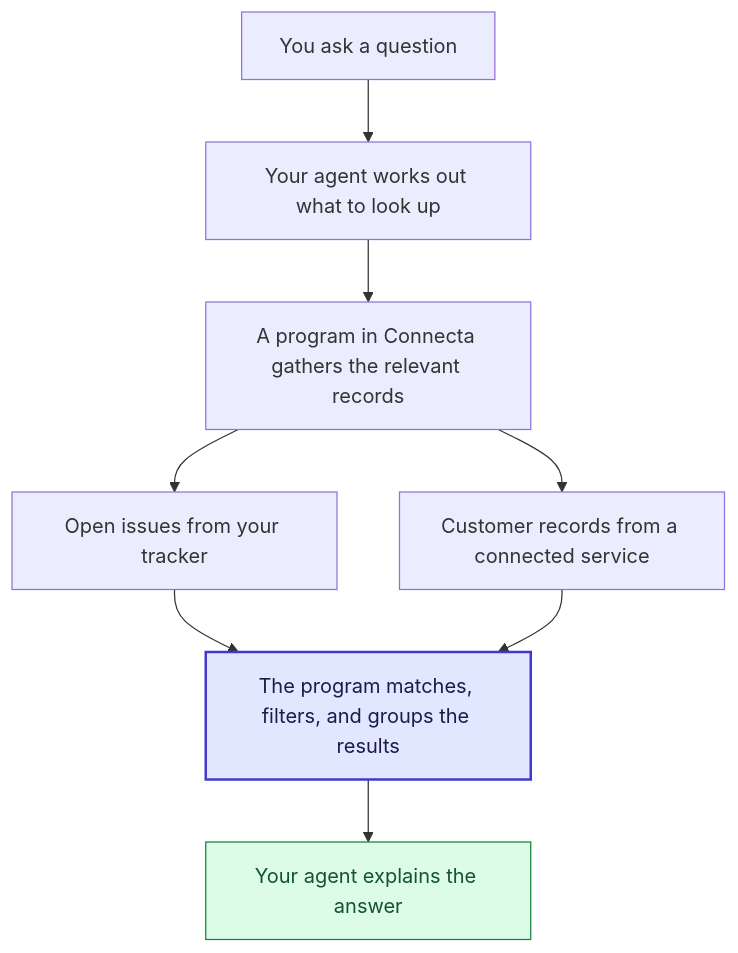
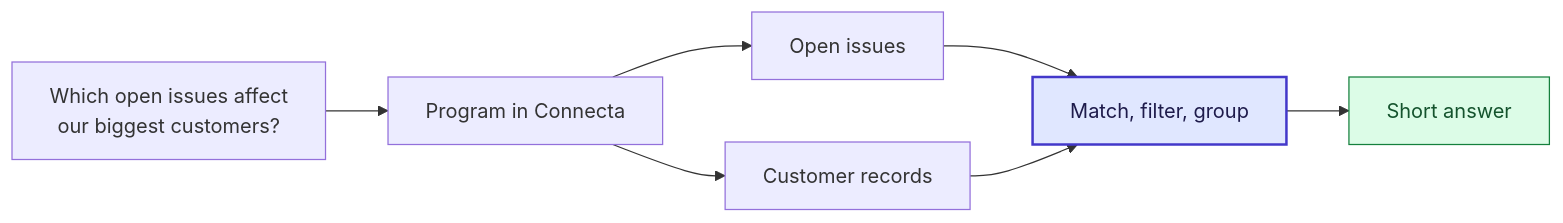
The second of 6 diagrams in README.md (zackbart/connecta), drawn with Mermaid before and after one commit. The commit also changed other lines of this file and 39 other files, not shown here.

````diff
--- a/README.md
+++ b/README.md
@@ -45,13 +30,12 @@
 ```mermaid
-flowchart TB
-    Question["You ask a question"] --> Plan["Your agent works out what to look up"]
-    Plan --> Gather["A program in Connecta gathers the relevant records"]
-    Gather --> Tracker["Open issues from your tracker"]
-    Gather --> Customers["Customer records from a connected service"]
-    Tracker --> Combine["The program matches, filters, and groups the results"]
-    Customers --> Combine
-    Combine --> Answer["Your agent explains the answer"]
+flowchart LR
+    Q["Which open issues affect<br/>our biggest customers?"] --> P["Program in Connecta"]
+    P --> I["Open issues"]
+    P --> C["Customer records"]
+    I --> J["Match, filter, group"]
+    C --> J
+    J --> A["Short answer"]
 
-    style Combine fill:#e0e7ff,stroke:#4338ca,color:#1e1b4b,stroke-width:2px
-    style Answer fill:#dcfce7,stroke:#15803d,color:#14532d
+    style J fill:#e0e7ff,stroke:#4338ca,color:#1e1b4b,stroke-width:2px
+    style A fill:#dcfce7,stroke:#15803d,color:#14532d
 ```
````
